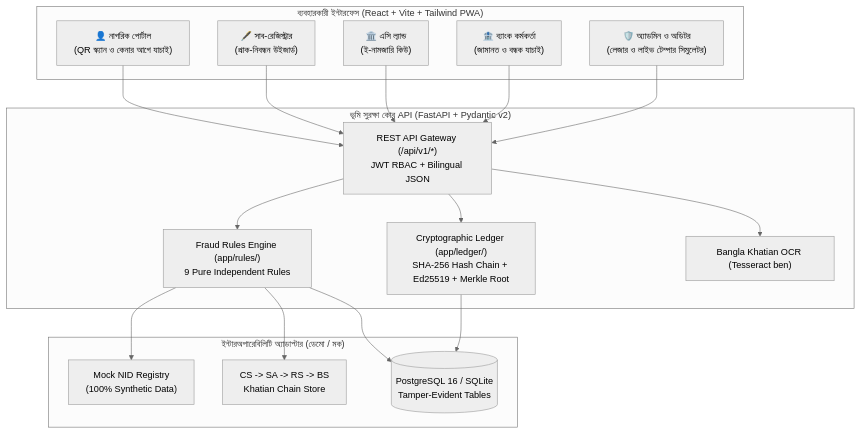
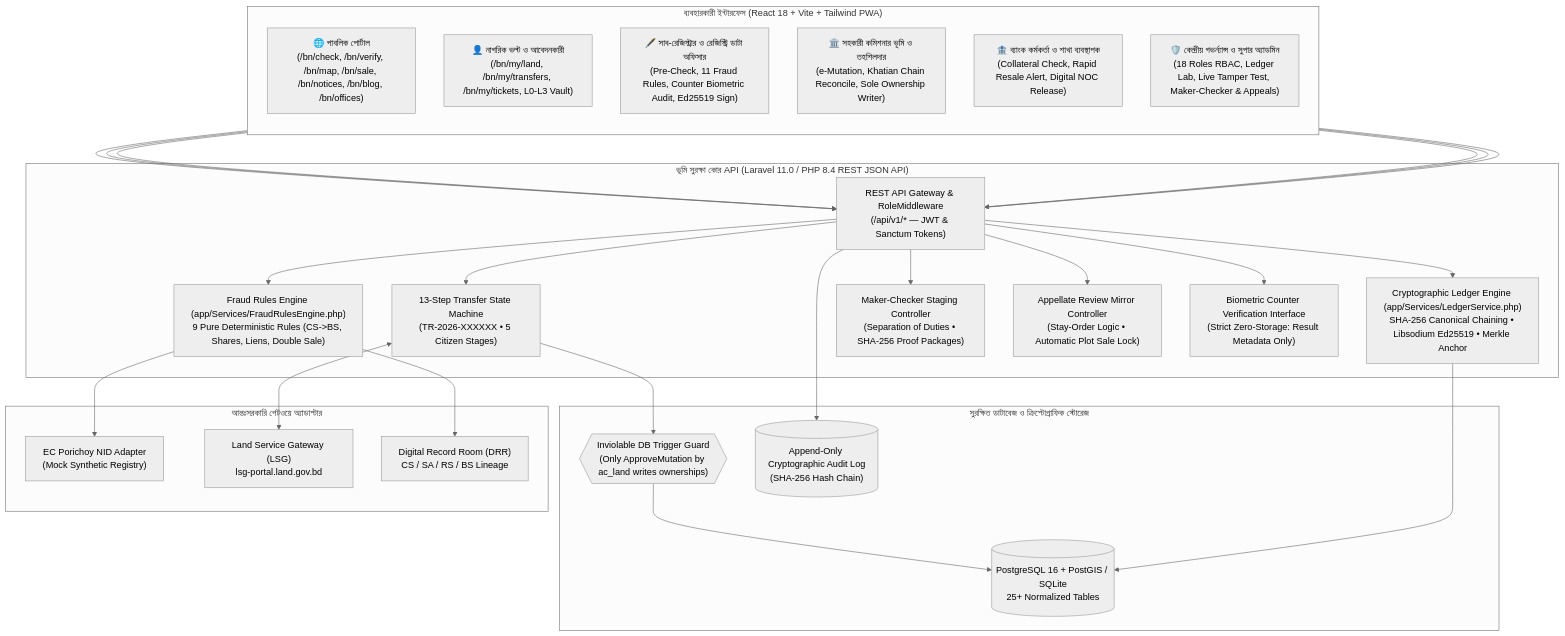
Before and after one commit to irfan0072/BhumiShield: the first of 2 diagrams in docs/ARCHITECTURE.md, drawn with Mermaid (neutral theme). The commit also changed other lines of this file and 12 other files, not shown here.

Commit message:
feat(tier-c): implement maker-checker onboarding, appellate tribunal, integration architecture, and full test suite

````diff
--- a/docs/ARCHITECTURE.md
+++ b/docs/ARCHITECTURE.md
@@ -26,32 +30,50 @@
 ```mermaid
 flowchart TB
-    subgraph Citizens_And_Officers["ব্যবহারকারী ইন্টারফেস (React + Vite + Tailwind PWA)"]
-        C["👤 নাগরিক পোর্টাল\n(QR স্ক্যান ও কেনার আগে যাচাই)"]
-        SR["🖋️ সাব-রেজিস্ট্রার\n(প্রাক-নিবন্ধন উইজার্ড)"]
-        AC["🏛️ এসি ল্যান্ড\n(ই-নামজারি কিউ)"]
-        BK["🏦 ব্যাংক কর্মকর্তা\n(জামানত ও বন্ধক যাচাই)"]
-        AD["🛡️ অ্যাডমিন ও অডিটর\n(লেজার ও লাইভ টেম্পার সিমুলেটর)"]
+    subgraph UI_Layer["ব্যবহারকারী ইন্টারফেস (React 18 + Vite + Tailwind PWA)"]
+        direction TB
+        PUB["🌐 পাবলিক পোর্টাল\n(/bn/check, /bn/verify, /bn/map, /bn/sale, /bn/notices, /bn/blog, /bn/offices)"]
+        CIT["👤 নাগরিক ভল্ট ও আবেদনকারী\n(/bn/my/land, /bn/my/transfers, /bn/my/tickets, L0-L3 Vault)"]
+        SR["🖋️ সাব-রেজিস্ট্রার ও রেজিস্ট্রি ডাটা অফিসার\n(Pre-Check, 11 Fraud Rules, Counter Biometric Audit, Ed25519 Sign)"]
+        ACL["🏛️ সহকারী কমিশনার ভূমি ও তহশিলদার\n(e-Mutation, Khatian Chain Reconcile, Sole Ownership Writer)"]
+        BNK["🏦 ব্যাংক কর্মকর্তা ও শাখা ব্যবস্থাপক\n(Collateral Check, Rapid Resale Alert, Digital NOC Release)"]
+        ADM["🛡️ কেন্দ্রীয় গভর্ন্যান্স ও সুপার অ্যাডমিন\n(18 Roles RBAC, Ledger Lab, Live Tamper Test, Maker-Checker & Appeals)"]
     end
 
-    subgraph BhumiShield_Core["ভূমি সুরক্ষা কোর API (FastAPI + Pydantic v2)"]
-        GW["REST API Gateway (/api/v1/*)\nJWT RBAC + Bilingual JSON"]
-        RE["Fraud Rules Engine (app/rules/)\n9 Pure Independent Rules"]
-        LC["Cryptographic Ledger (app/ledger/)\nSHA-256 Hash Chain + Ed25519 + Merkle Root"]
-        OCR["Bangla Khatian OCR (Tesseract ben)"]
+    subgraph Core_Backend["ভূমি সুরক্ষা কোর API (Laravel 11.0 / PHP 8.4 REST JSON API)"]
+        GW["REST API Gateway & RoleMiddleware\n(/api/v1/* — JWT & Sanctum Tokens)"]
+        TSM["13-Step Transfer State Machine\n(TR-2026-XXXXXX • 5 Citizen Stages)"]
+        FRE["Fraud Rules Engine (app/Services/FraudRulesEngine.php)\n9 Pure Deterministic Rules (CS->BS, Shares, Liens, Double Sale)"]
+        LED["Cryptographic Ledger Engine (app/Services/LedgerService.php)\nSHA-256 Canonical Chaining • Libsodium Ed25519 • Merkle Anchor"]
+        ONB["Maker-Checker Staging Controller\n(Separation of Duties • SHA-256 Proof Packages)"]
+        APL["Appellate Review Mirror Controller\n(Stay-Order Logic • Automatic Plot Sale Lock)"]
+        BIO["Biometric Counter Verification Interface\n(Strict Zero-Storage: Result Metadata Only)"]
     end
 
-    subgraph Mock_Adapters["ইন্টারঅপারেবিলিটি অ্যাডাপ্টার (ডেমো / মক)"]
-        NID["Mock NID Registry\n(100% Synthetic Data)"]
-        DRR["CS -> SA -> RS -> BS\nKhatian Chain Store"]
-        DB[("PostgreSQL 16 / SQLite\nTamper-Evident Tables")]
+    subgraph Data_Layer["সুরক্ষিত ডাটাবেজ ও ক্রিপ্টোগ্রাফিক স্টোরেজ"]
+        DB[("PostgreSQL 16 + PostGIS / SQLite\n25+ Normalized Tables")]
+        TRG{{"Inviolable DB Trigger Guard\n(Only ApproveMutation by ac_land writes ownerships)"}}
+        AUD[("Append-Only Cryptographic Audit Log\n(SHA-256 Hash Chain)")]
     end
 
-    C & SR & AC & BK & AD --> GW
-    GW --> RE
-    GW --> LC
-    GW --> OCR
-    RE --> NID
-    RE --> DRR
-    LC --> DB
-    RE --> DB
+    subgraph External_Adapters["আন্তঃসরকারি গেটওয়ে অ্যাডাপ্টার"]
+        NID["EC Porichoy NID Adapter\n(Mock Synthetic Registry)"]
+        LSG["Land Service Gateway (LSG)\nlsg-portal.land.gov.bd"]
+        DRR["Digital Record Room (DRR)\nCS / SA / RS / BS Lineage"]
+    end
+
+    PUB & CIT & SR & ACL & BNK & ADM --> GW
+    GW --> TSM
+    GW --> FRE
+    GW --> LED
+    GW --> ONB
+    GW --> APL
+    GW --> BIO
+
+    FRE --> NID
+    FRE --> DRR
+    TSM --> TRG
+    TRG --> DB
+    LED --> DB
+    GW --> AUD
+    TSM <--> LSG
 ```
````
